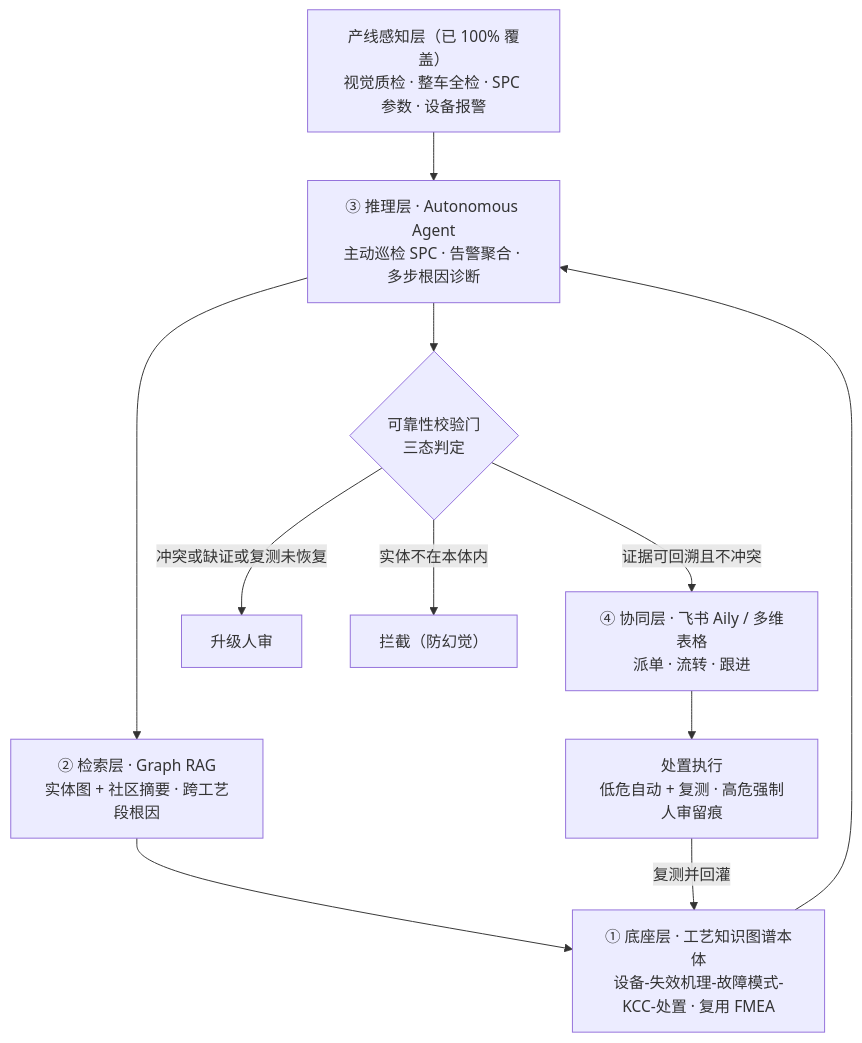
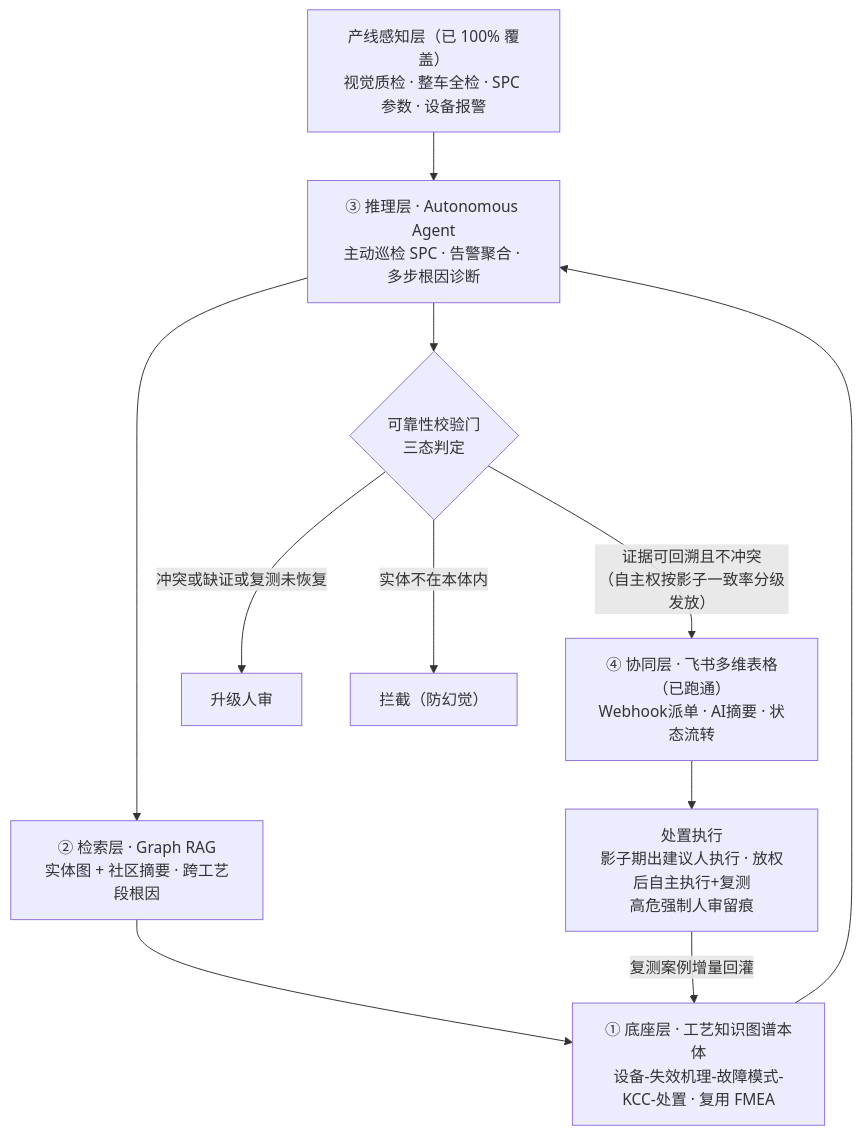
Before and after one commit to rol1an/qc-agent-demo: the diagram in README.md, drawn with Mermaid. The commit also changed other lines of this file and 9 other files, not shown here.

````diff
--- a/README.md
+++ b/README.md
@@ -23,22 +23,22 @@
 ```mermaid
 flowchart TD
   S["产线感知层（已 100% 覆盖）<br/>视觉质检 · 整车全检 · SPC 参数 · 设备报警"]
   A["③ 推理层 · Autonomous Agent<br/>主动巡检 SPC · 告警聚合 · 多步根因诊断"]
   B["② 检索层 · Graph RAG<br/>实体图 + 社区摘要 · 跨工艺段根因"]
   C["① 底座层 · 工艺知识图谱本体<br/>设备-失效机理-故障模式-KCC-处置 · 复用 FMEA"]
   G{"可靠性校验门<br/>三态判定"}
-  D["④ 协同层 · 飞书 Aily / 多维表格<br/>派单 · 流转 · 跟进"]
-  E["处置执行<br/>低危自动 + 复测 · 高危强制人审留痕"]
+  D["④ 协同层 · 飞书多维表格（已跑通）<br/>Webhook派单 · AI摘要 · 状态流转"]
+  E["处置执行<br/>影子期出建议人执行 · 放权后自主执行+复测<br/>高危强制人审留痕"]
   H["升级人审"]
   X["拦截（防幻觉）"]
   S --> A
   A --> B
   B --> C
   C --> A
   A --> G
-  G -->|证据可回溯且不冲突| D
+  G -->|"证据可回溯且不冲突<br/>（自主权按影子一致率分级发放）"| D
   G -->|冲突或缺证或复测未恢复| H
   G -->|实体不在本体内| X
   D --> E
-  E -->|复测并回灌| C
+  E -->|复测案例增量回灌| C
 ```
````
